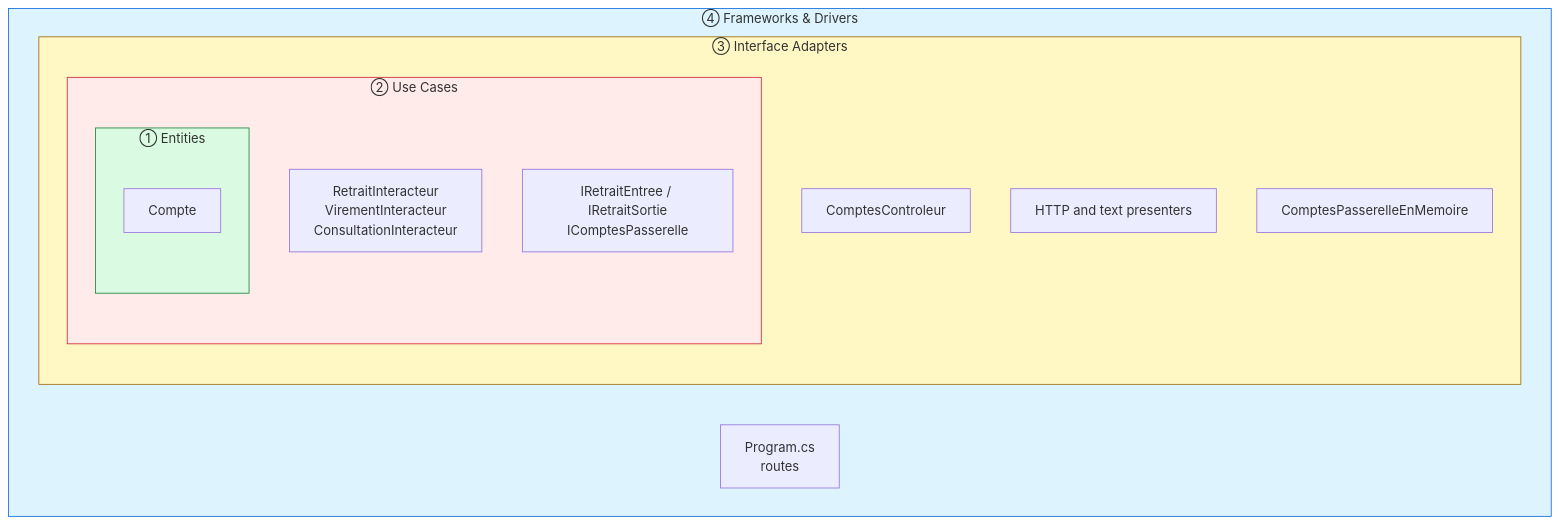
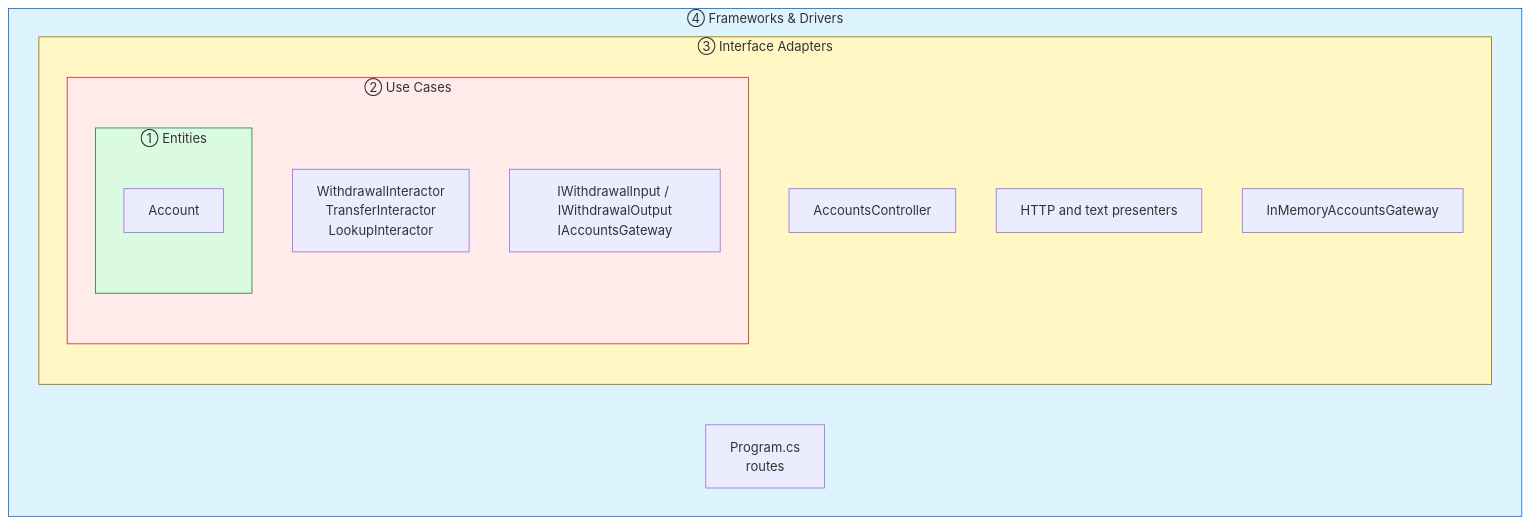
Before and after one commit to drangoht/ArchitecturesDemo: the first of 3 diagrams in Docs/en/03-clean.md, drawn with Mermaid. The commit also changed other lines of this file and 78 other files, not shown here.

First line of the commit message:
Docs EN : identifiants, liens, diagrammes et sorties alignés sur le code anglais

````diff
--- a/Docs/en/03-clean.md
+++ b/Docs/en/03-clean.md
@@ -16,27 +16,27 @@
 ```mermaid
 flowchart TB
     subgraph F["④ Frameworks & Drivers"]
         subgraph IA["③ Interface Adapters"]
             subgraph UC["② Use Cases"]
                 subgraph E["① Entities"]
-                    Compte["Compte"]
+                    Account["Account"]
                 end
-                Inter["RetraitInteracteur<br/>VirementInteracteur<br/>ConsultationInteracteur"]
-                Bound["IRetraitEntree / IRetraitSortie<br/>IComptesPasserelle"]
+                Inter["WithdrawalInteractor<br/>TransferInteractor<br/>LookupInteractor"]
+                Bound["IWithdrawalInput / IWithdrawalOutput<br/>IAccountsGateway"]
             end
-            Ctrl["ComptesControleur"]
+            Ctrl["AccountsController"]
             Pres["HTTP and text presenters"]
-            Gw["ComptesPasserelleEnMemoire"]
+            Gw["InMemoryAccountsGateway"]
         end
         Web["Program.cs<br/>routes"]
     end
 
     classDef c1 fill:#dafbe1,stroke:#1a7f37
     classDef c2 fill:#ffebe9,stroke:#cf222e
     classDef c3 fill:#fff8c5,stroke:#9a6700
     classDef c4 fill:#ddf4ff,stroke:#0969da
     class E c1
     class UC c2
     class IA c3
     class F c4
 ```
````
